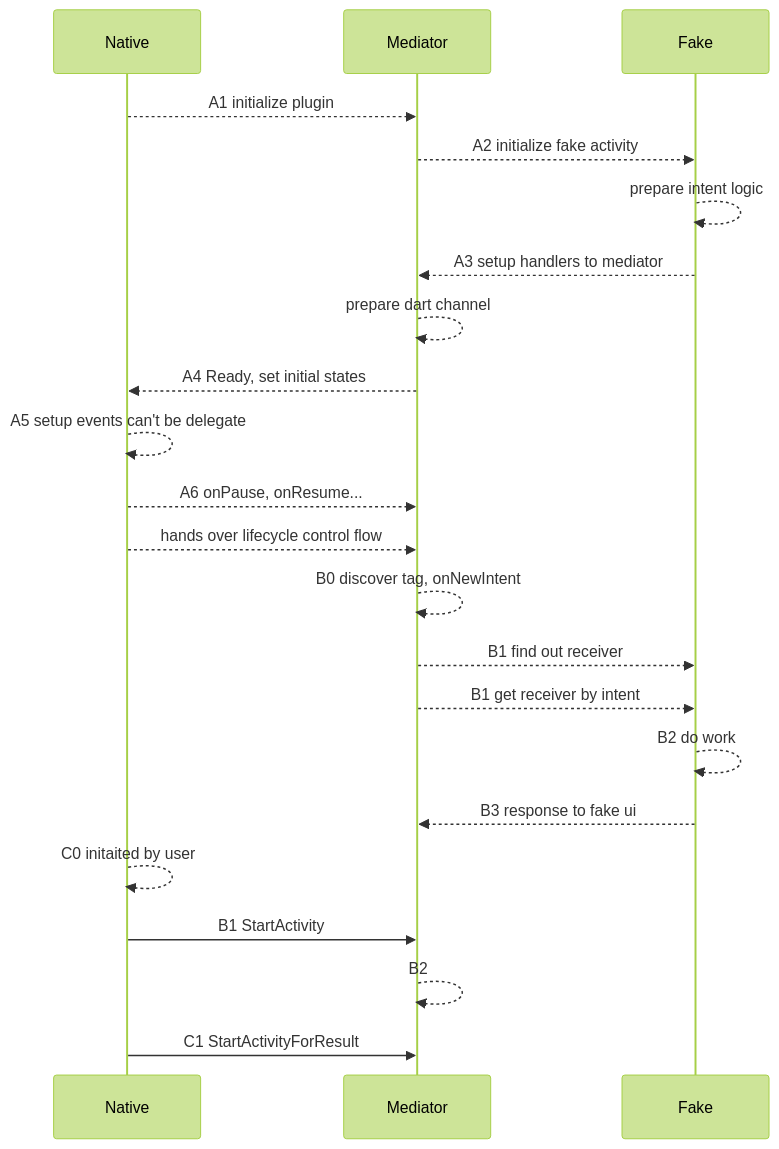
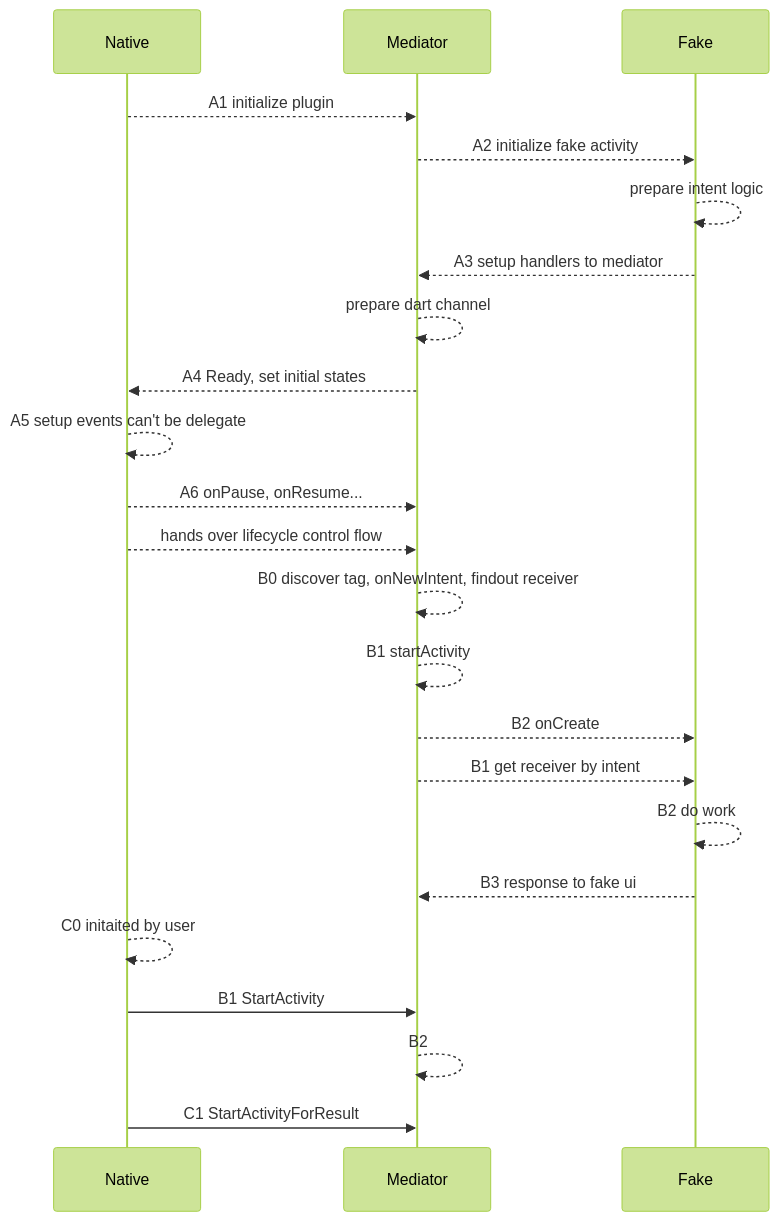
The second of 2 diagrams in flutter/addActivityResultListener.md (gordianknotC/nxp_note), drawn with Mermaid (forest theme) before and after one commit. The commit also changed other lines of this file, not shown here.

Commit message:
flutter/addActivityResultListener.md updated from https://stackedit.io/

````diff
--- a/flutter/addActivityResultListener.md
+++ b/flutter/addActivityResultListener.md
@@ -55,29 +55,30 @@
 ```mermaid
 sequenceDiagram
 participant Native
 participant Mediator
 participant Fake
 
 Native -->> Mediator: A1 initialize plugin
 Mediator -->> Fake: A2 initialize fake activity
 Fake -->> Fake: prepare intent logic
 Fake -->> Mediator: A3 setup handlers to mediator
 Mediator -->> Mediator: prepare dart channel
 Mediator -->> Native: A4 Ready, set initial states
 Native -->> Native: A5 setup events can't be delegate
 Native -->> Mediator: A6 onPause, onResume...
 Native -->> Mediator: hands over lifecycle control flow
 
-Mediator-->> Mediator: B0 discover tag, onNewIntent
-Mediator-->>Fake: B1 find out receiver
+Mediator-->> Mediator: B0 discover tag, onNewIntent, findout receiver
+Mediator-->>Mediator: B1 startActivity
+Mediator-->>Fake: B2 onCreate
 Mediator-->>Fake: B1 get receiver by intent
 Fake-->>Fake:B2 do work
 Fake-->>Mediator:B3 response to fake ui
 
 
 Native -->> Native: C0 initaited by user
 Native ->> Mediator: B1 StartActivity
 Mediator -->> Mediator: B2 
 Native ->> Mediator: C1 StartActivityForResult
 
 ```
````
